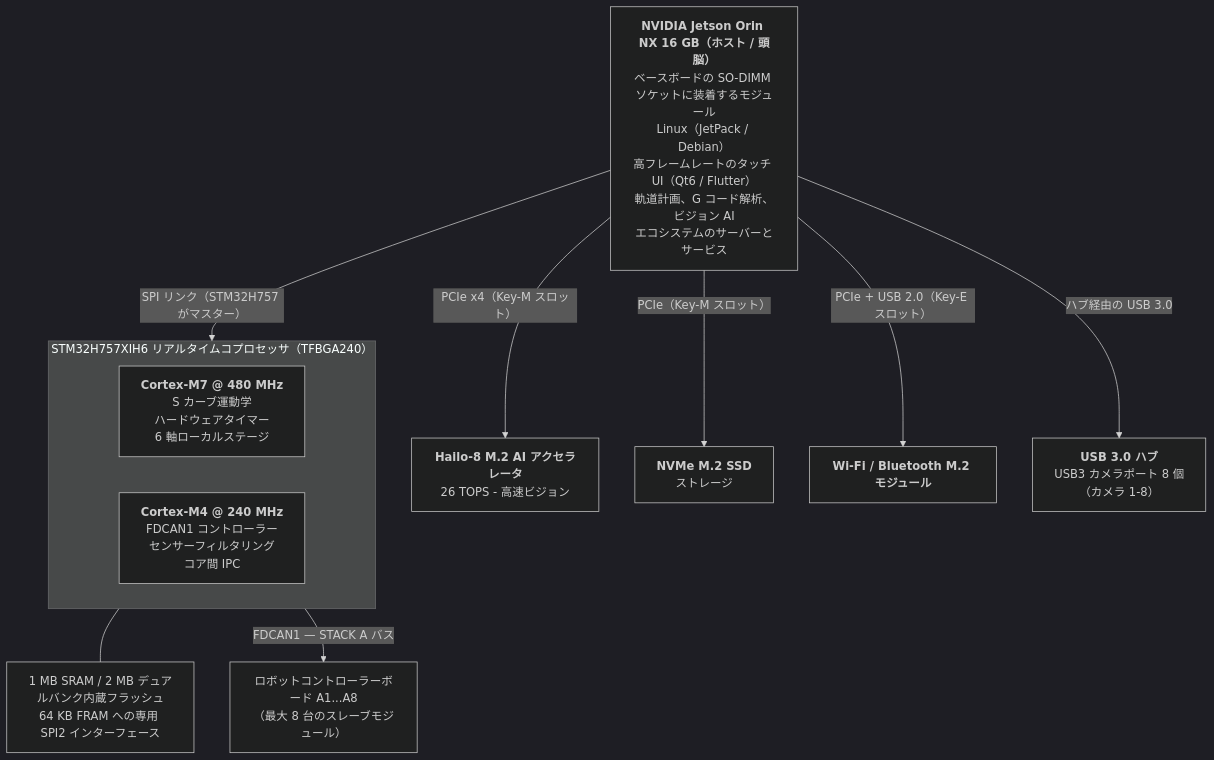
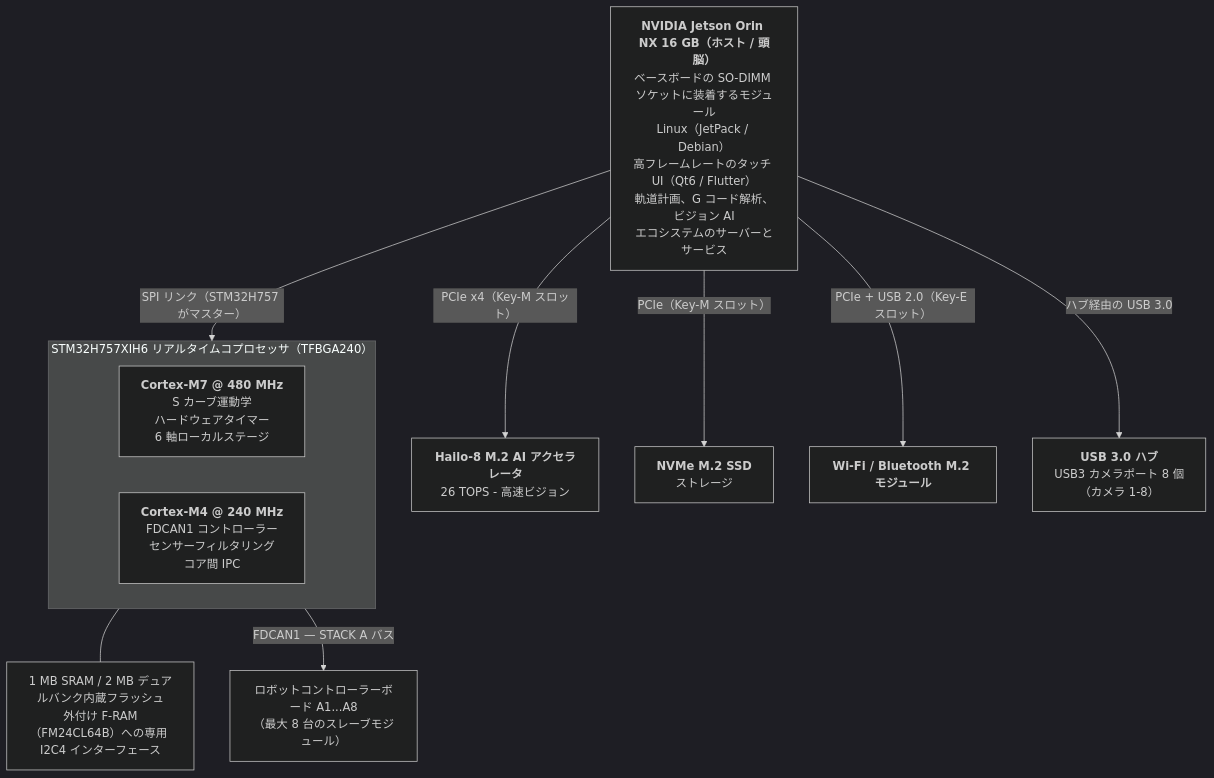
The first of 3 diagrams in README_jpn.md (JuanenRac/HYDRA-UMC), drawn with Mermaid (dark theme) before and after one commit. The commit also changed other lines of this file and 10 other files, not shown here.

Commit message:
README: F-RAM on I2C4 in the block diagram and host-neutral description of the OS image folder

````diff
--- a/README_jpn.md
+++ b/README_jpn.md
@@ -95,21 +95,21 @@
 ```mermaid
 flowchart TB
     JETSON["<b>NVIDIA Jetson Orin NX 16 GB（ホスト / 頭脳）</b><br/>ベースボードの SO-DIMM ソケットに装着するモジュール<br/>Linux（JetPack / Debian）<br/>高フレームレートのタッチ UI（Qt6 / Flutter）<br/>軌道計画、G コード解析、ビジョン AI<br/>エコシステムのサーバーとサービス"]
 
     JETSON -- "PCIe x4（Key-M スロット）" --> HAILO8["<b>Hailo-8 M.2 AI アクセラレータ</b><br/>26 TOPS - 高速ビジョン"]
     JETSON -- "PCIe（Key-M スロット）" --> NVME["<b>NVMe M.2 SSD</b><br/>ストレージ"]
     JETSON -- "PCIe + USB 2.0（Key-E スロット）" --> WIFI["<b>Wi-Fi / Bluetooth M.2 モジュール</b>"]
     JETSON -- "ハブ経由の USB 3.0" --> HUBS["<b>USB 3.0 ハブ</b><br/>USB3 カメラポート 8 個<br/>（カメラ 1-8）"]
 
     JETSON -- "SPI リンク（STM32H757 がマスター）" --> MCU
 
     subgraph MCU["STM32H757XIH6 リアルタイムコプロセッサ（TFBGA240）"]
         direction LR
         CM7["<b>Cortex-M7 @ 480 MHz</b><br/>S カーブ運動学<br/>ハードウェアタイマー<br/>6 軸ローカルステージ"]
         CM4["<b>Cortex-M4 @ 240 MHz</b><br/>FDCAN1 コントローラー<br/>センサーフィルタリング<br/>コア間 IPC"]
     end
-    MEM["1 MB SRAM / 2 MB デュアルバンク内蔵フラッシュ<br/>64 KB FRAM への専用 SPI2 インターフェース"]
+    MEM["1 MB SRAM / 2 MB デュアルバンク内蔵フラッシュ<br/>外付け F-RAM（FM24CL64B）への専用 I2C4 インターフェース"]
     MCU --- MEM
 
     MCU -- "FDCAN1 — STACK A バス" --> ROBOTS["ロボットコントローラーボード A1...A8<br/>（最大 8 台のスレーブモジュール）"]
 ```
````
